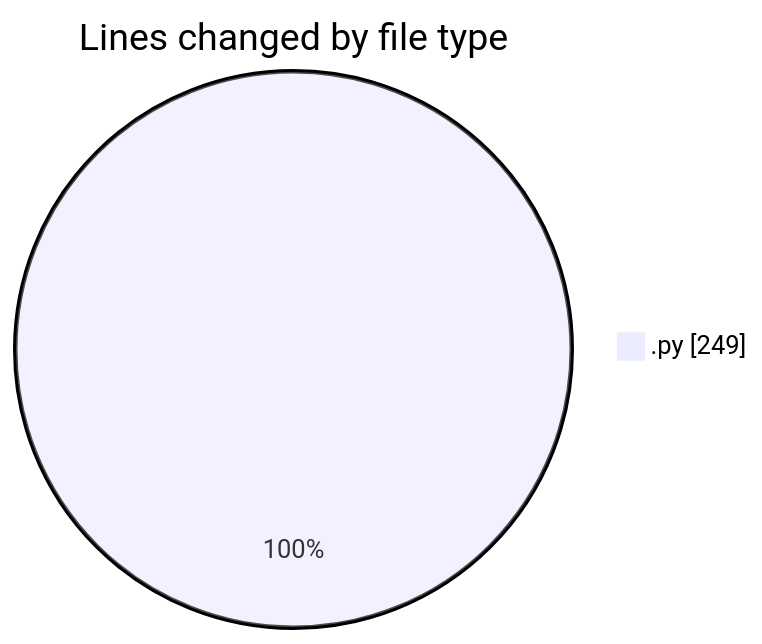
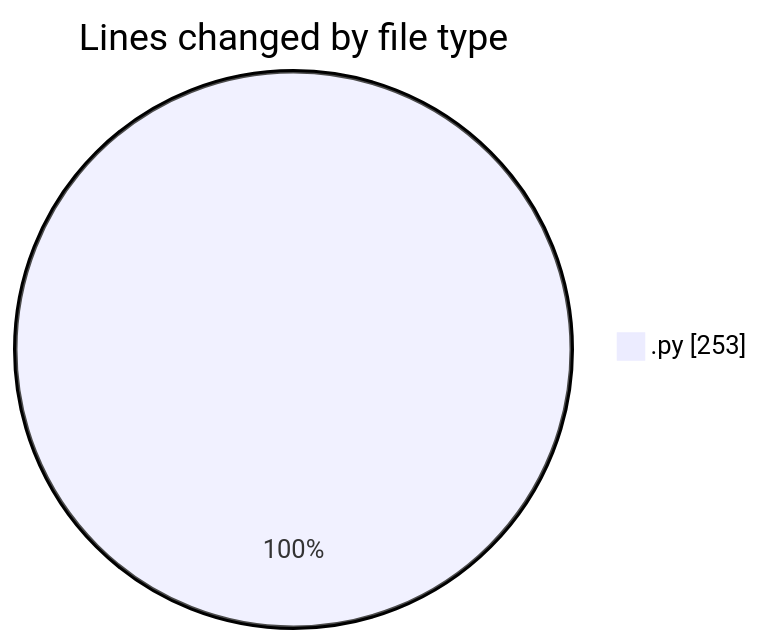
Before and after one commit to EIIisD/code-tracking: the first of 2 diagrams in 2025-08-03/tts/README.md, drawn with Mermaid. The commit also changed other lines of this file and 1 other file, not shown here.

````diff
--- a/2025-08-03/tts/README.md
+++ b/2025-08-03/tts/README.md
@@ -21,5 +21,5 @@
 ```mermaid
 pie showData
 title Lines changed by file type
-".py" : 249
+".py" : 253
 ```
````
